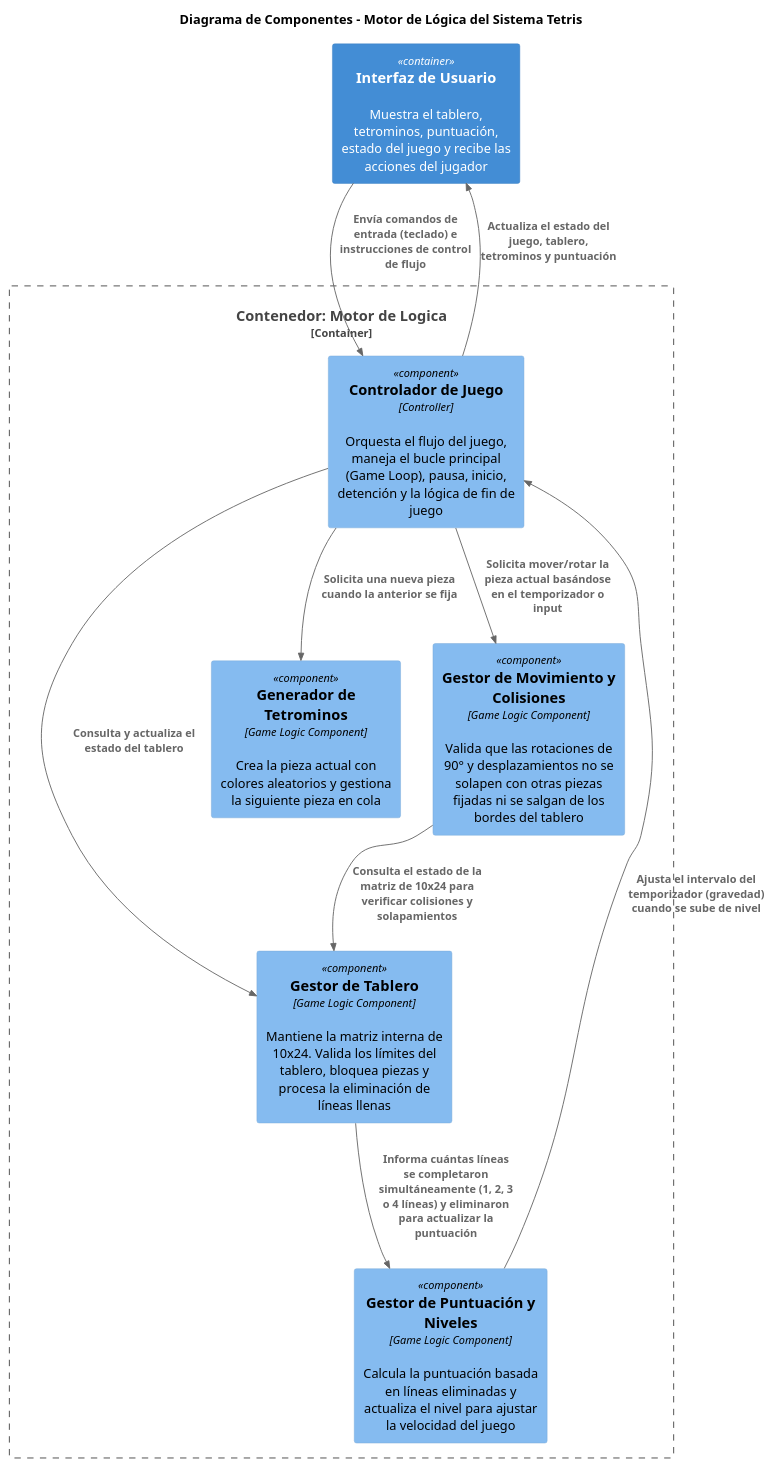
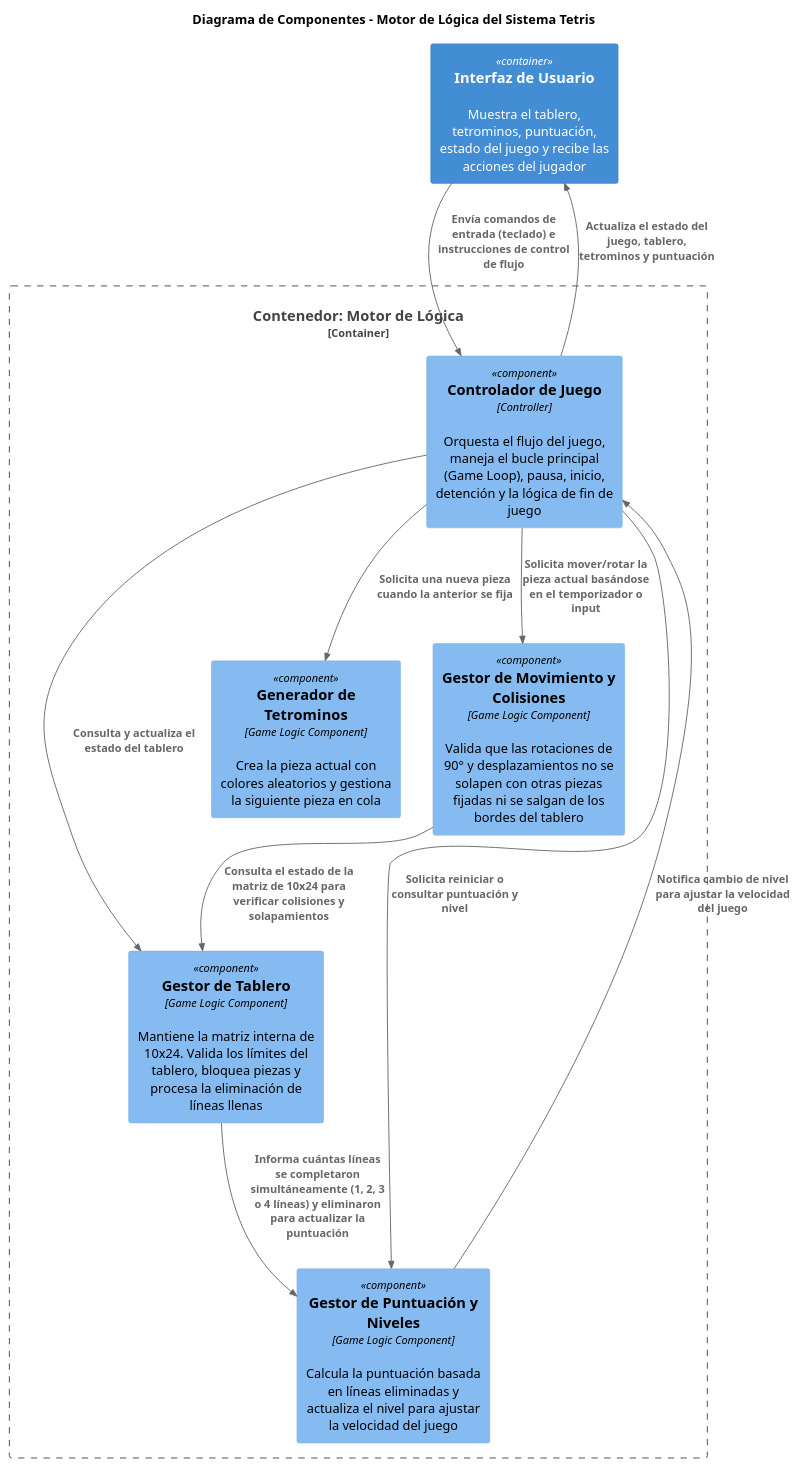
The diagram in modeloC4_Tetris/component.puml (mateonicolasg/Tetris_VyV), drawn with PlantUML before and after one commit.

Commit message:
Modificando el diagrama de Componentes

```diff
--- a/modeloC4_Tetris/component.puml
+++ b/modeloC4_Tetris/component.puml
@@ -1,32 +1,33 @@
 @startuml tetris-component
 title Diagrama de Componentes - Motor de Lógica del Sistema Tetris
 
 !include https://raw.githubusercontent.com/plantuml-stdlib/C4-PlantUML/master/C4_Component.puml
 
 Container(ui, "Interfaz de Usuario", , "Muestra el tablero, tetrominos, puntuación, estado del juego y recibe las acciones del jugador")
 
-Container_Boundary(motor_juego_boundary, "Contenedor: Motor de Logica") {
+Container_Boundary(motor_juego_boundary, "Contenedor: Motor de Lógica") {
     
     Component(controlador_juego, "Controlador de Juego", "Controller", "Orquesta el flujo del juego, maneja el bucle principal (Game Loop), pausa, inicio, detención y la lógica de fin de juego")
     
     Component(gestor_tablero, "Gestor de Tablero", "Game Logic Component", "Mantiene la matriz interna de 10x24. Valida los límites del tablero, bloquea piezas y procesa la eliminación de líneas llenas")
     
     Component(generador_piezas, "Generador de Tetrominos", "Game Logic Component", "Crea la pieza actual con colores aleatorios y gestiona la siguiente pieza en cola")
     
     Component(gestor_mov_col, "Gestor de Movimiento y Colisiones", "Game Logic Component", "Valida que las rotaciones de 90° y desplazamientos no se solapen con otras piezas fijadas ni se salgan de los bordes del tablero")
 
     Component(gestor_puntuacion_niveles, "Gestor de Puntuación y Niveles", "Game Logic Component", "Calcula la puntuación basada en líneas eliminadas y actualiza el nivel para ajustar la velocidad del juego")    
 }
 
 Rel(ui, controlador_juego, "Envía comandos de entrada (teclado) e instrucciones de control de flujo")
 Rel_U(controlador_juego, ui, "Actualiza el estado del juego, tablero, tetrominos y puntuación")
 
 Rel(controlador_juego, gestor_mov_col, "Solicita mover/rotar la pieza actual basándose en el temporizador o input")
 Rel(controlador_juego, generador_piezas, "Solicita una nueva pieza cuando la anterior se fija")
 Rel(controlador_juego, gestor_tablero, "Consulta y actualiza el estado del tablero")
+Rel(controlador_juego, gestor_puntuacion_niveles, "Solicita reiniciar o consultar puntuación y nivel")
 
 Rel(gestor_mov_col, gestor_tablero, "Consulta el estado de la matriz de 10x24 para verificar colisiones y solapamientos")
 Rel(gestor_tablero, gestor_puntuacion_niveles, "Informa cuántas líneas se completaron simultáneamente (1, 2, 3 o 4 líneas) y eliminaron para actualizar la puntuación")
-Rel(gestor_puntuacion_niveles, controlador_juego, "Ajusta el intervalo del temporizador (gravedad) cuando se sube de nivel")
+Rel(gestor_puntuacion_niveles, controlador_juego, "Notifica cambio de nivel para ajustar la velocidad del juego")
 
 @enduml
```
